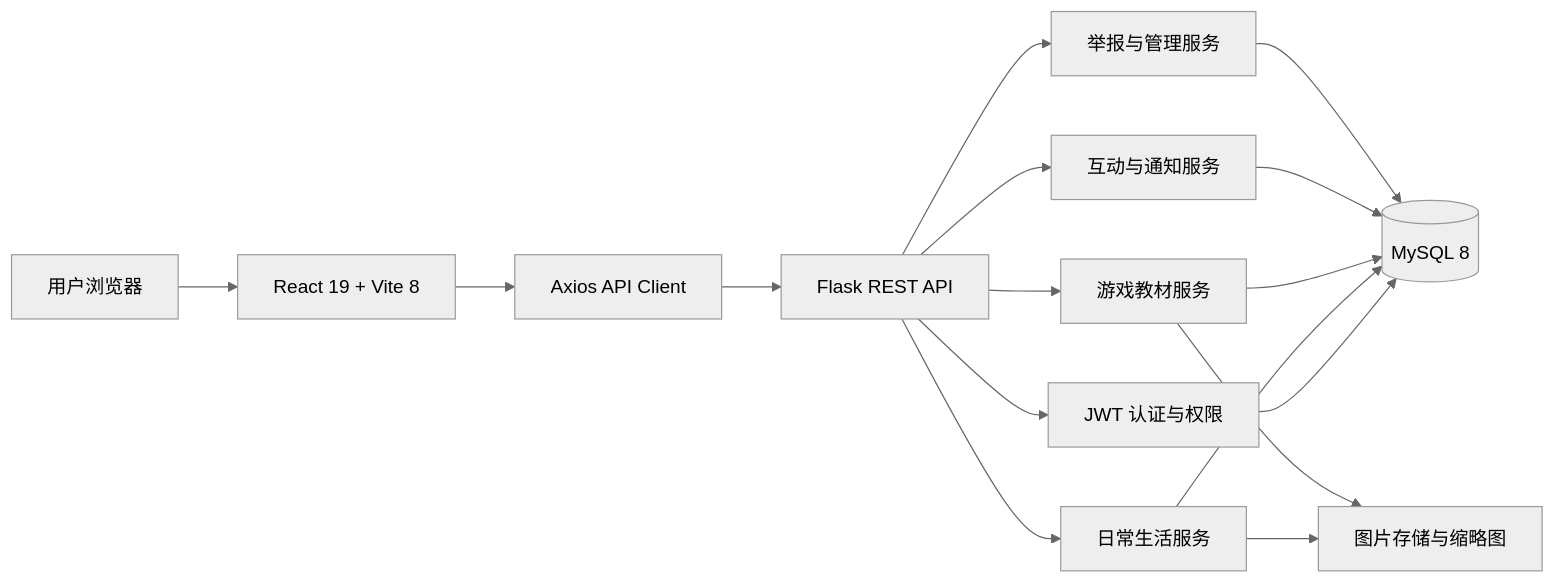
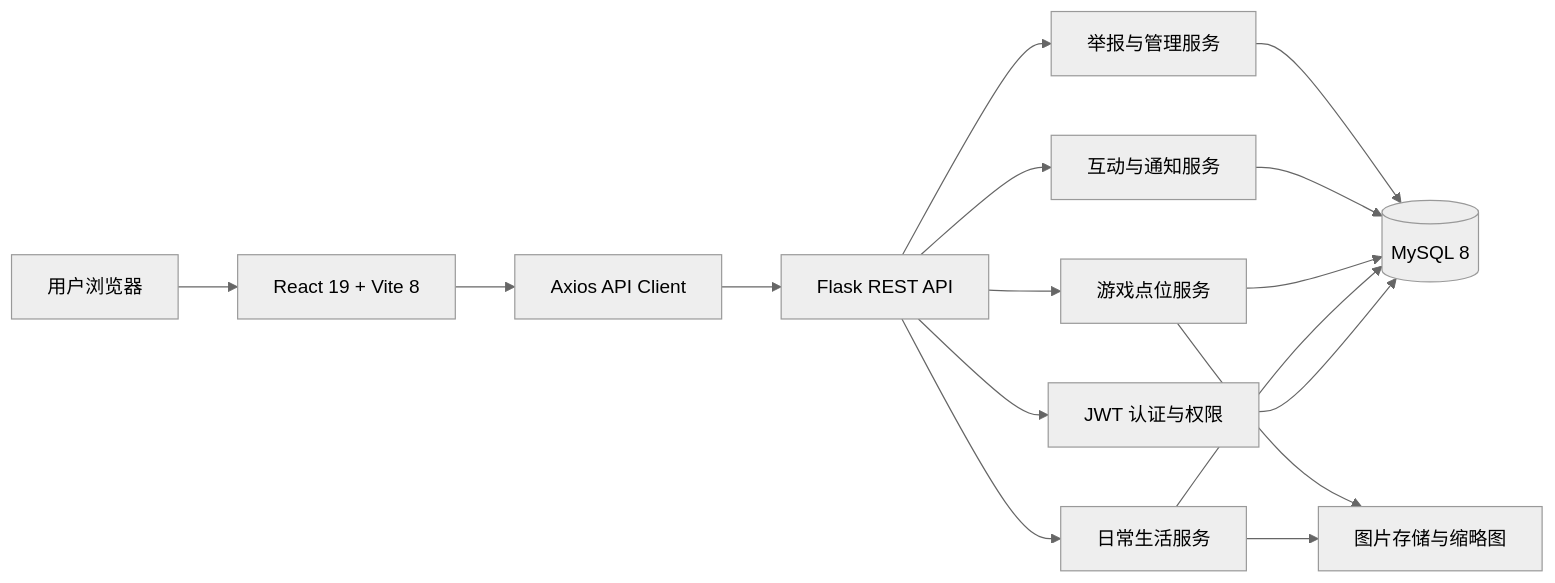
Before and after one commit to InkSaku/Ying-Mo: the diagram in README.md, drawn with Mermaid (neutral theme). The commit also changed other lines of this file and 39 other files, not shown here.

````diff
--- a/README.md
+++ b/README.md
@@ -130,18 +130,18 @@
 ```mermaid
 flowchart LR
     U[用户浏览器] --> F[React 19 + Vite 8]
     F --> A[Axios API Client]
     A --> B[Flask REST API]
     B --> AUTH[JWT 认证与权限]
     B --> LIFE[日常生活服务]
-    B --> GUIDE[游戏教材服务]
+    B --> GUIDE[游戏点位服务]
     B --> SOCIAL[互动与通知服务]
     B --> ADMIN[举报与管理服务]
     AUTH --> DB[(MySQL 8)]
     LIFE --> DB
     GUIDE --> DB
     SOCIAL --> DB
     ADMIN --> DB
     LIFE --> MEDIA[图片存储与缩略图]
     GUIDE --> MEDIA
 ```
````
